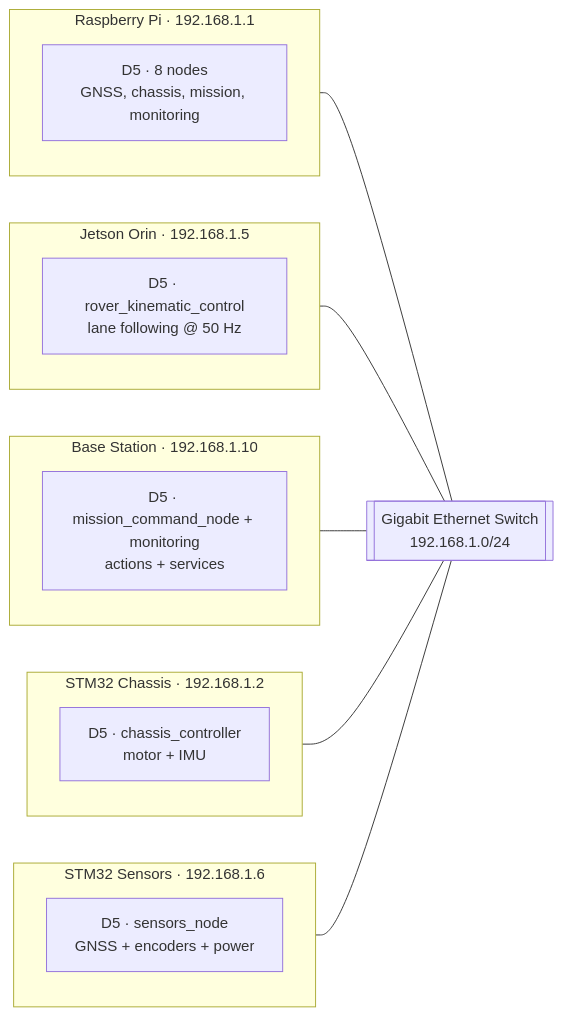
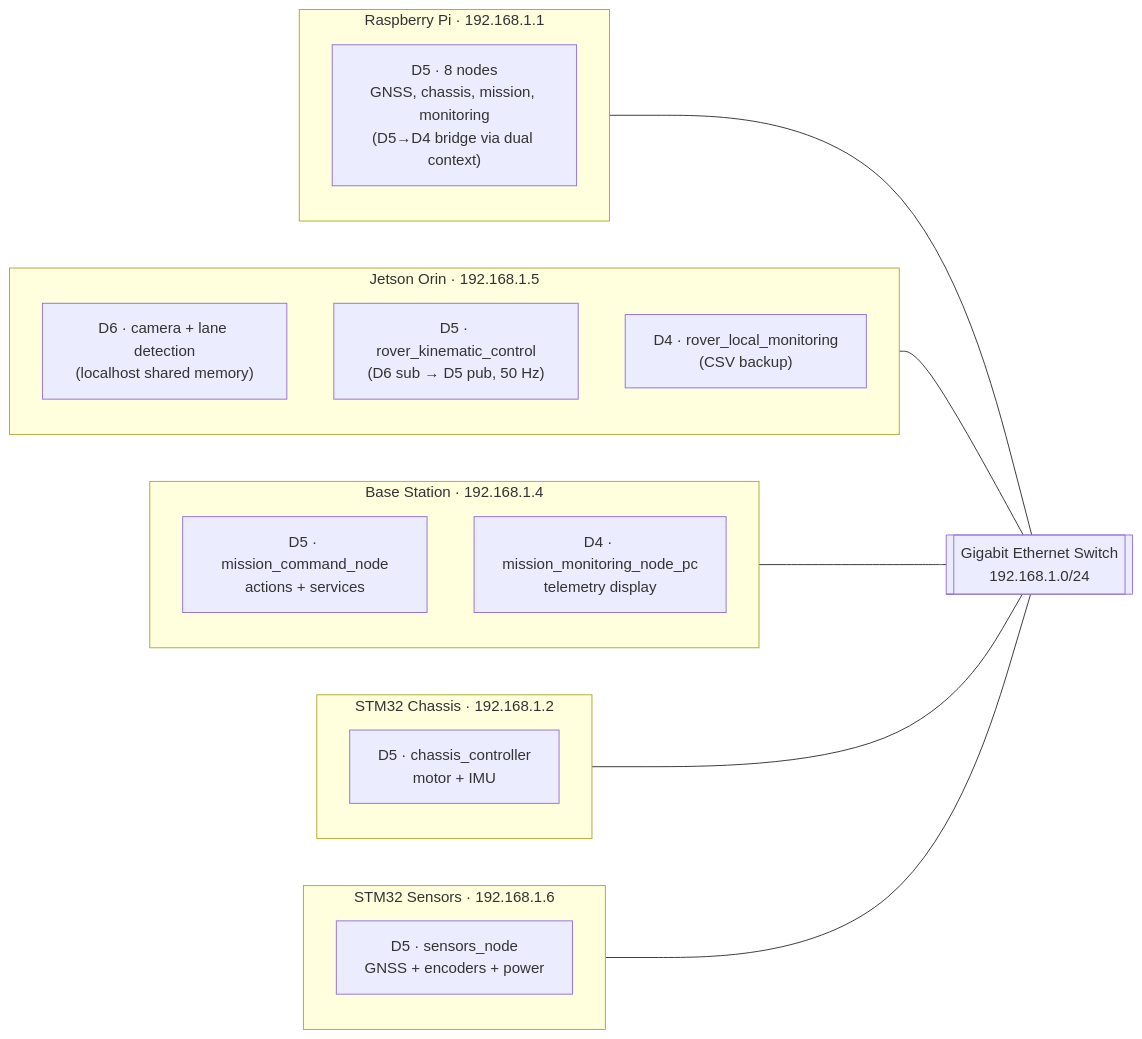
One commit to RoboticsGG/almondmatcha changed the first of 3 diagrams in docs/ARCHITECTURE.md. Above: the diagram before and after it, drawn with Mermaid. The commit also changed other lines of this file and 5 other files, not shown here.

````diff
--- a/docs/ARCHITECTURE.md
+++ b/docs/ARCHITECTURE.md
@@ -21,30 +21,33 @@
 ```mermaid
 graph LR
     SW[["Gigabit Ethernet Switch\n192.168.1.0/24"]]
 
     subgraph RPi ["Raspberry Pi · 192.168.1.1"]
-        R1["D5 · 8 nodes\nGNSS, chassis, mission, monitoring"]
+        R1["D5 · 8 nodes\nGNSS, chassis, mission, monitoring\n(D5→D4 bridge via dual context)"]
     end
 
     subgraph JET ["Jetson Orin · 192.168.1.5"]
-        J2["D5 · rover_kinematic_control\nlane following @ 50 Hz"]
+        J1["D6 · camera + lane detection\n(localhost shared memory)"]
+        J2["D5 · rover_kinematic_control\n(D6 sub → D5 pub, 50 Hz)"]
+        J3["D4 · rover_local_monitoring\n(CSV backup)"]
     end
 
-    subgraph BASE ["Base Station · 192.168.1.10"]
-        B1["D5 · mission_command_node + monitoring\nactions + services"]
+    subgraph BASE ["Base Station · 192.168.1.4"]
+        B1["D5 · mission_command_node\nactions + services"]
+        B2["D4 · mission_monitoring_node_pc\ntelemetry display"]
     end
 
     subgraph CHS ["STM32 Chassis · 192.168.1.2"]
         C1["D5 · chassis_controller\nmotor + IMU"]
     end
 
     subgraph SNS ["STM32 Sensors · 192.168.1.6"]
         S1["D5 · sensors_node\nGNSS + encoders + power"]
     end
 
     RPi --- SW
     JET --- SW
     BASE --- SW
     CHS --- SW
     SNS --- SW
 ```
````
